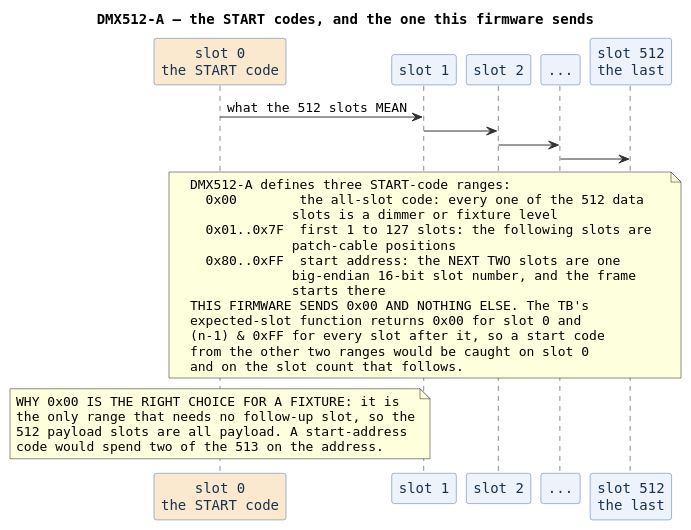
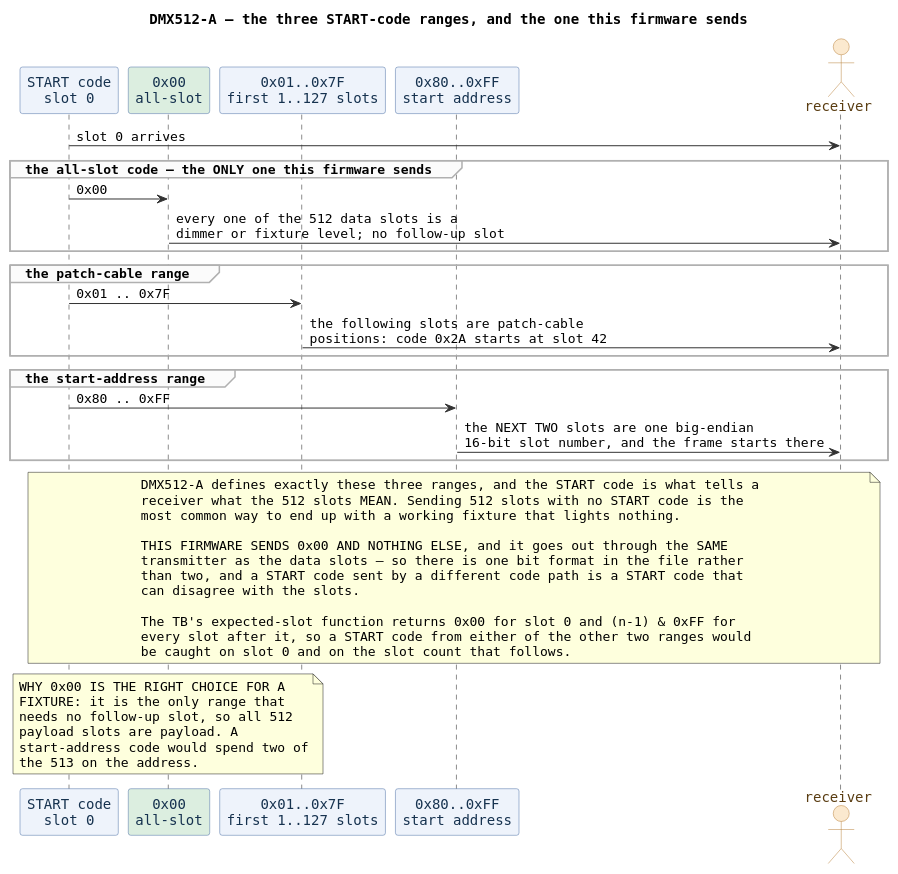
One commit to smprather/janestreet-blog-serial-protocol-emulator changed the third of 5 diagrams in diagrams/proto-dmx512.puml. Above: the diagram before and after it, drawn with PlantUML. The commit also changed 14 other files, not shown here.

```diff
--- a/diagrams/proto-dmx512.puml
+++ b/diagrams/proto-dmx512.puml
@@ -155,43 +155,56 @@
 @startuml
-title DMX512-A — the START codes, and the one this firmware sends
+title DMX512-A — the three START-code ranges, and the one this firmware sends
 skinparam defaultFontName Monospaced
 skinparam ParticipantBackgroundColor #eef3fb
 skinparam ParticipantBorderColor #4a6fa5
 skinparam ParticipantFontColor #16324f
+skinparam ActorBackgroundColor #fbe9cf
+skinparam ActorBorderColor #b8813a
+skinparam ActorFontColor #5a3d12
 skinparam SequenceGroupBackgroundColor #fbfbfb
 skinparam SequenceGroupBorderColor #b0b0b0
 skinparam ArrowColor #333333
 
-participant "slot 0\nthe START code" as S #fbe9cf
-participant "slot 1" as S1
-participant "slot 2" as S2
-participant "..." as SD
-participant "slot 512\nthe last" as SL
+participant "START code\nslot 0" as S0
+participant "0x00\nall-slot" as R00 #dceee0
+participant "0x01..0x7F\nfirst 1..127 slots" as R01
+participant "0x80..0xFF\nstart address" as R80
+actor "receiver" as RX
 
-S -> S1 : what the 512 slots MEAN
-S1 -> S2
-S2 -> SD
-SD -> SL
+S0 -> RX : slot 0 arrives
+group the all-slot code — the ONLY one this firmware sends
+  S0 -> R00 : 0x00
+  R00 -> RX : every one of the 512 data slots is a\ndimmer or fixture level; no follow-up slot
+end
+group the patch-cable range
+  S0 -> R01 : 0x01 .. 0x7F
+  R01 -> RX : the following slots are patch-cable\npositions: code 0x2A starts at slot 42
+end
+group the start-address range
+  S0 -> R80 : 0x80 .. 0xFF
+  R80 -> RX : the NEXT TWO slots are one big-endian\n16-bit slot number, and the frame starts there
+end
 
-note over S, SL
-  DMX512-A defines three START-code ranges:
-    0x00        the all-slot code: every one of the 512 data
-               slots is a dimmer or fixture level
-    0x01..0x7F  first 1 to 127 slots: the following slots are
-               patch-cable positions
-    0x80..0xFF  start address: the NEXT TWO slots are one
-               big-endian 16-bit slot number, and the frame
-               starts there
-  THIS FIRMWARE SENDS 0x00 AND NOTHING ELSE. The TB's
-  expected-slot function returns 0x00 for slot 0 and
-  (n-1) & 0xFF for every slot after it, so a start code
-  from the other two ranges would be caught on slot 0
-  and on the slot count that follows.
+note over S0, RX
+  DMX512-A defines exactly these three ranges, and the START code is what tells a
+  receiver what the 512 slots MEAN. Sending 512 slots with no START code is the
+  most common way to end up with a working fixture that lights nothing.
+
+  THIS FIRMWARE SENDS 0x00 AND NOTHING ELSE, and it goes out through the SAME
+  transmitter as the data slots — so there is one bit format in the file rather
+  than two, and a START code sent by a different code path is a START code that
+  can disagree with the slots.
+
+  The TB's expected-slot function returns 0x00 for slot 0 and (n-1) & 0xFF for
+  every slot after it, so a START code from either of the other two ranges would
+  be caught on slot 0 and on the slot count that follows.
 end note
-note over S
-  WHY 0x00 IS THE RIGHT CHOICE FOR A FIXTURE: it is
-  the only range that needs no follow-up slot, so the
-  512 payload slots are all payload. A start-address
-  code would spend two of the 513 on the address.
+note over R00
+  WHY 0x00 IS THE RIGHT CHOICE FOR A
+  FIXTURE: it is the only range that
+  needs no follow-up slot, so all 512
+  payload slots are payload. A
+  start-address code would spend two of
+  the 513 on the address.
 end note
 @enduml
```
